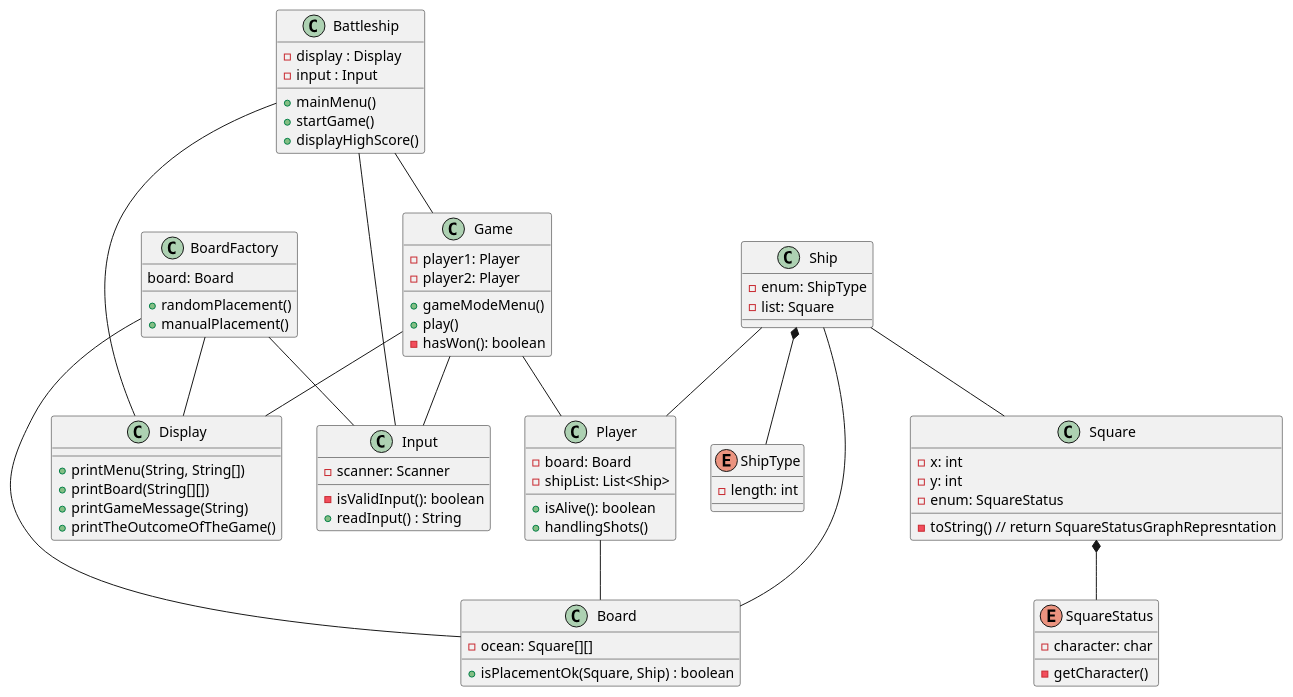
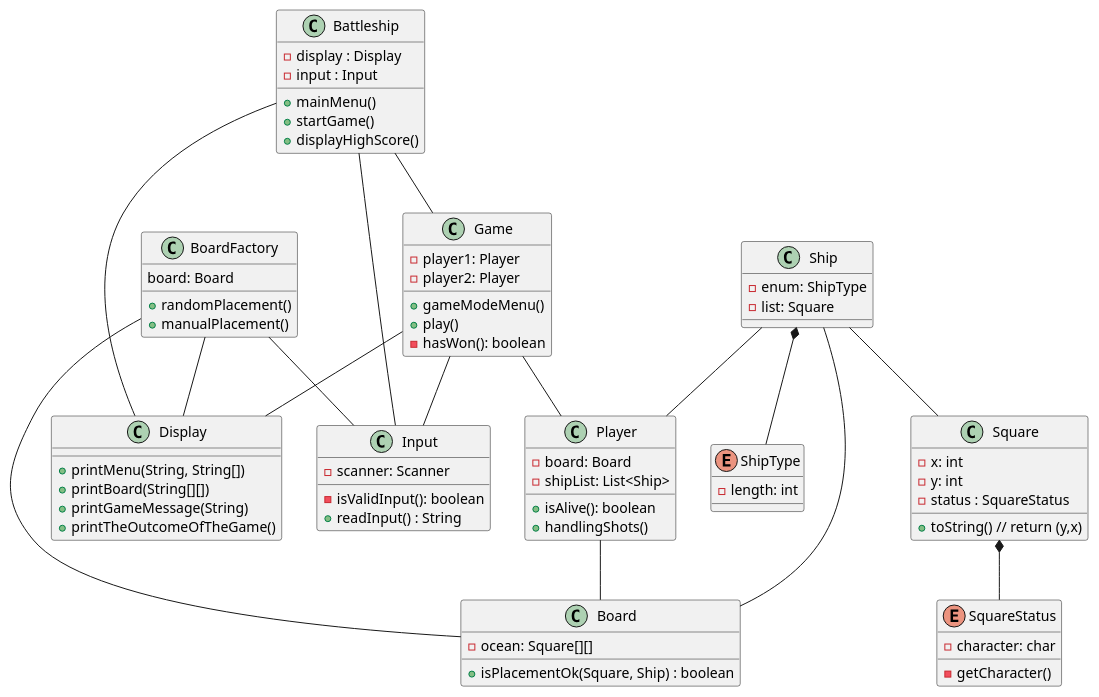
One commit to TheRealCoon/battleship-oop changed the diagram in BattleShip.puml. Above: the diagram before and after it, drawn with PlantUML. The commit also changed 1 other file, not shown here.

Commit message:
added Square class

```diff
--- a/BattleShip.puml
+++ b/BattleShip.puml
@@ -1,85 +1,85 @@
 @startuml
 
 Battleship -- Display
 Battleship -- Input
 Battleship -- Game
 class Battleship{
 - display : Display
 - input : Input
 + mainMenu()
 + startGame()
 + displayHighScore()
 }
 
 class Display{
 + printMenu(String, String[])
 + printBoard(String[][])
 + printGameMessage(String)
 + printTheOutcomeOfTheGame()
 }
 
 class Input{
 - scanner: Scanner
 - isValidInput(): boolean
 + readInput() : String
 }
 
 Game -- Input
 Game -- Display
 Game -- Player
 class Game{
 - player1: Player
 - player2: Player
 + gameModeMenu()
 + play()
 - hasWon(): boolean
 }
 Player -- Board
 class Player{
 - board: Board
 - shipList: List<Ship>
 + isAlive(): boolean
 + handlingShots()
 }
 
 BoardFactory -- Board
 BoardFactory -- Input
 BoardFactory -- Display
 class BoardFactory{
 board: Board
 + randomPlacement()
 + manualPlacement()
 }
 
 class Board{
 - ocean: Square[][]
 + isPlacementOk(Square, Ship) : boolean
 }
 
 Ship -- Player
 Ship -- Board
 Ship -- Square
 Ship *-- ShipType
 class Ship{
 - enum: ShipType
 - list: Square
 }
 
 enum ShipType{
 - length: int
 }
 Square *-- SquareStatus
 class Square{
 - x: int
 - y: int
-- enum: SquareStatus
-- toString() // return SquareStatusGraphRepresntation
+- status : SquareStatus
++ toString() // return (y,x)
 }
 
 enum SquareStatus{
 - character: char
 - getCharacter()
 }
 
 
 @enduml
```
